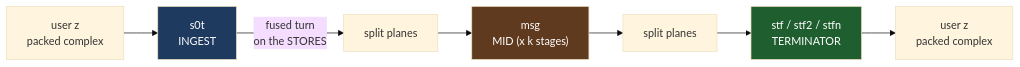
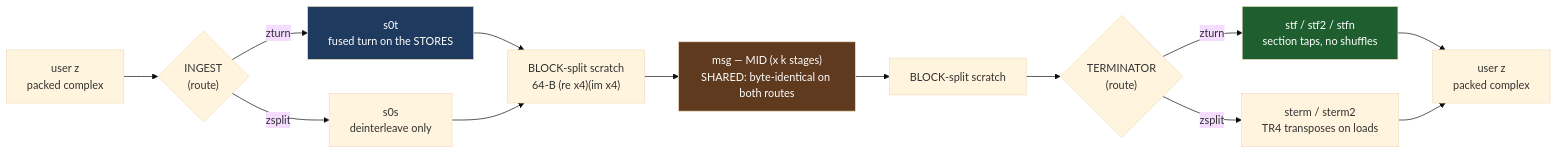
One commit to Tugbars/VectorFFT changed the fourth of 6 diagrams in docs/design/il_codelet_design.md. Above: the diagram before and after it, drawn with Mermaid (base theme). The commit also changed other lines of this file and 8 other files, not shown here.

````diff
--- a/docs/design/il_codelet_design.md
+++ b/docs/design/il_codelet_design.md
@@ -134,13 +216,19 @@
 ```mermaid
 flowchart LR
-    UZ["user z<br/>packed complex"] --> S0T["s0t<br/>INGEST"]
-    S0T -->|"fused turn<br/>on the STORES"| P1["split planes"]
-    P1 --> MSG["msg<br/>MID (x k stages)"]
-    MSG --> P2["split planes"]
-    P2 --> TERM["stf / stf2 / stfn<br/>TERMINATOR"]
-    TERM --> OZ["user z<br/>packed complex"]
+    UZ["user z<br/>packed complex"] --> ING{"INGEST<br/>(route)"}
+    ING -->|"zturn"| S0T["s0t<br/>fused turn on the STORES"]
+    ING -->|"zsplit"| S0S["s0s<br/>deinterleave only"]
+    S0T --> P1["BLOCK-split scratch<br/>64-B (re x4)(im x4)"]
+    S0S --> P1
+    P1 --> MSG["msg — MID (x k stages)<br/>SHARED: byte-identical on both routes"]
+    MSG --> P2["BLOCK-split scratch"]
+    P2 --> TRM{"TERMINATOR<br/>(route)"}
+    TRM -->|"zturn"| STF["stf / stf2 / stfn<br/>section taps, no shuffles"]
+    TRM -->|"zsplit"| STM["sterm / sterm2<br/>TR4 transposes on loads"]
+    STF --> OZ["user z<br/>packed complex"]
+    STM --> OZ
 
+    style MSG fill:#5f3a1f,color:#fff
     style S0T fill:#1f3a5f,color:#fff
-    style MSG fill:#5f3a1f,color:#fff
-    style TERM fill:#1f5f2f,color:#fff
+    style STF fill:#1f5f2f,color:#fff
 ```
````
